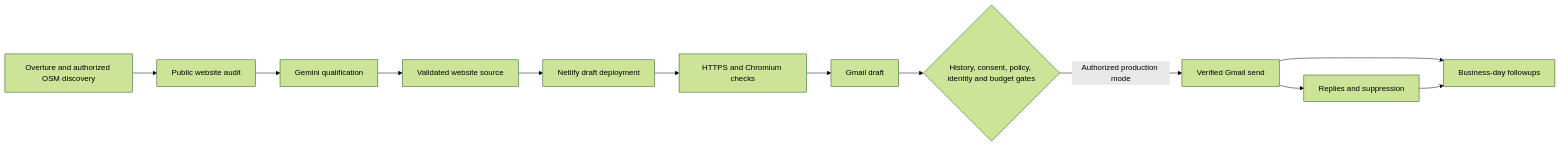
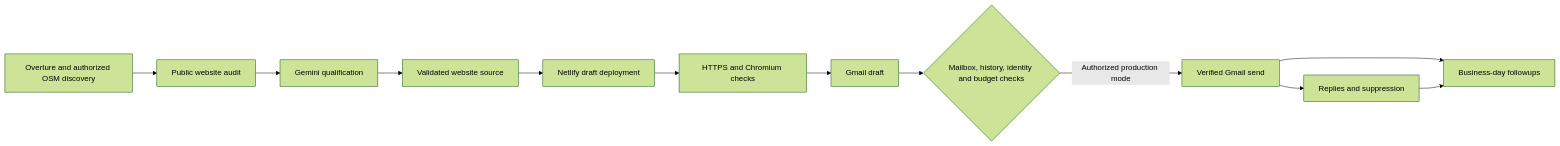
Before and after one commit to Nipun33333/GLOBAL-WEBSITE-AGENT: the diagram in README.md, drawn with Mermaid (forest theme). The commit also changed other lines of this file and 22 other files, not shown here.

````diff
--- a/README.md
+++ b/README.md
@@ -37,14 +38,14 @@
 ```mermaid
 flowchart LR
     A[Overture and authorized OSM discovery] --> B[Public website audit]
     B --> C[Gemini qualification]
     C --> D[Validated website source]
     D --> E[Netlify draft deployment]
     E --> F[HTTPS and Chromium checks]
     F --> G[Gmail draft]
-    G --> H{History, consent, policy, identity and budget gates}
+    G --> H{Mailbox, history, identity and budget checks}
     H -->|Authorized production mode| I[Verified Gmail send]
     I --> J[Replies and suppression]
     I --> K[Business-day followups]
     J --> K
 ```
````
